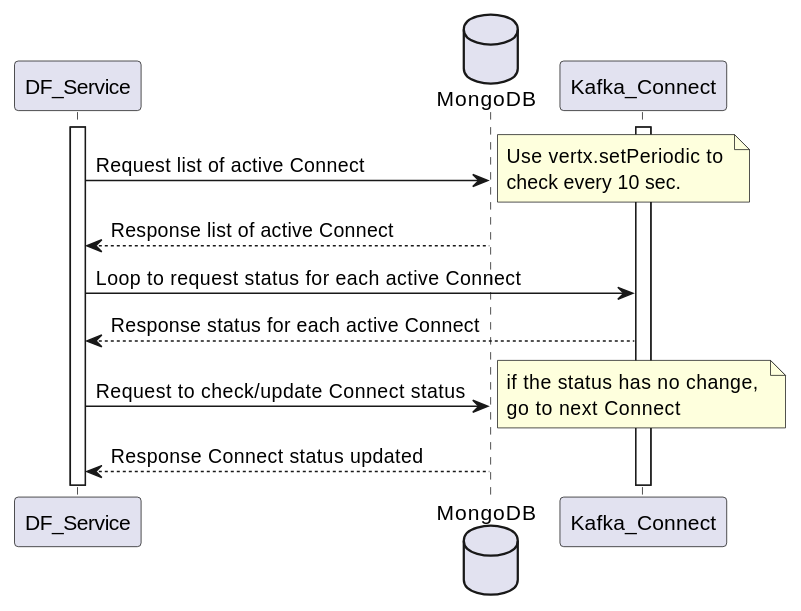
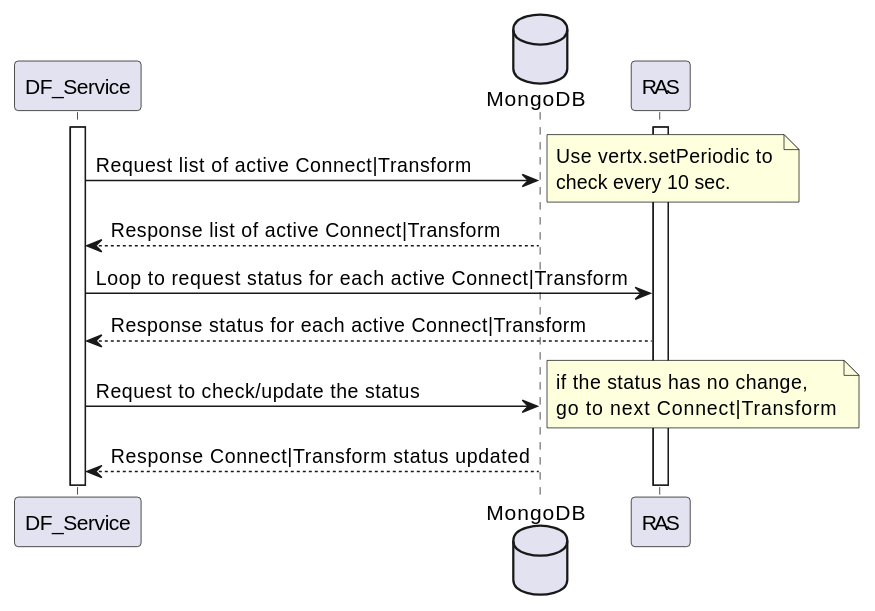
One commit to datafibers-community/df_complete_guide changed the fifth of 7 diagrams in design_overview.md. Above: the diagram before and after it, drawn with PlantUML. The commit also changed other lines of this file, not shown here.

Commit message:
Updates design_overview.md
Auto commit by GitBook Editor

```diff
--- a/design_overview.md
+++ b/design_overview.md
@@ -83,14 +83,14 @@
 {% plantuml %}
 activate DF_Service
 database MongoDB
-activate Kafka_Connect
+activate RAS
 
-DF_Service -> MongoDB : Request list of active Connect
+DF_Service -> MongoDB : Request list of active Connect|Transform
 note right: Use vertx.setPeriodic to \ncheck every 10 sec.
-DF_Service <-- MongoDB : Response list of active Connect
-DF_Service -> Kafka_Connect: Loop to request status for each active Connect
-Kafka_Connect --> DF_Service : Response status for each active Connect
-MongoDB <- DF_Service : Request to check/update Connect status
-note right: if the status has no change, \ngo to next Connect
-MongoDB --> DF_Service : Response Connect status updated
+DF_Service <-- MongoDB : Response list of active Connect|Transform
+DF_Service -> RAS: Loop to request status for each active Connect|Transform
+RAS --> DF_Service : Response status for each active Connect|Transform
+MongoDB <- DF_Service : Request to check/update the status
+note right: if the status has no change, \ngo to next Connect|Transform
+MongoDB --> DF_Service : Response Connect|Transform status updated
 {% endplantuml %}
```
